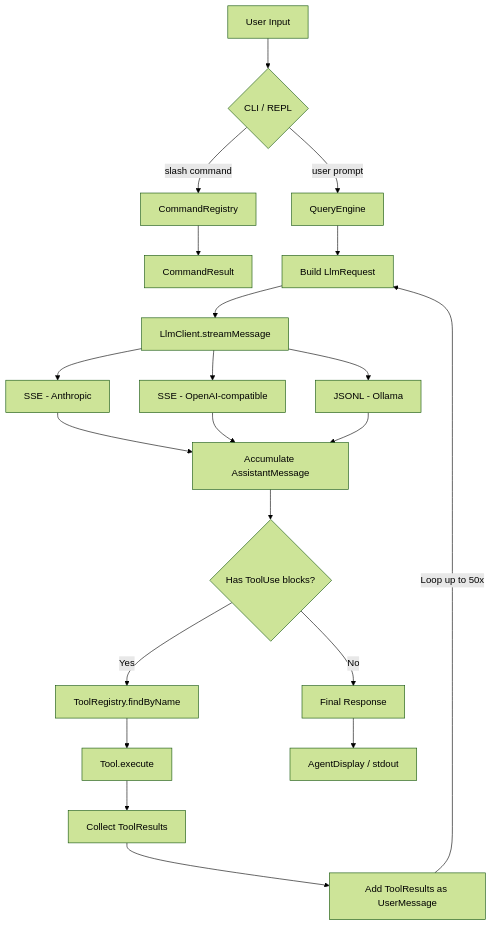
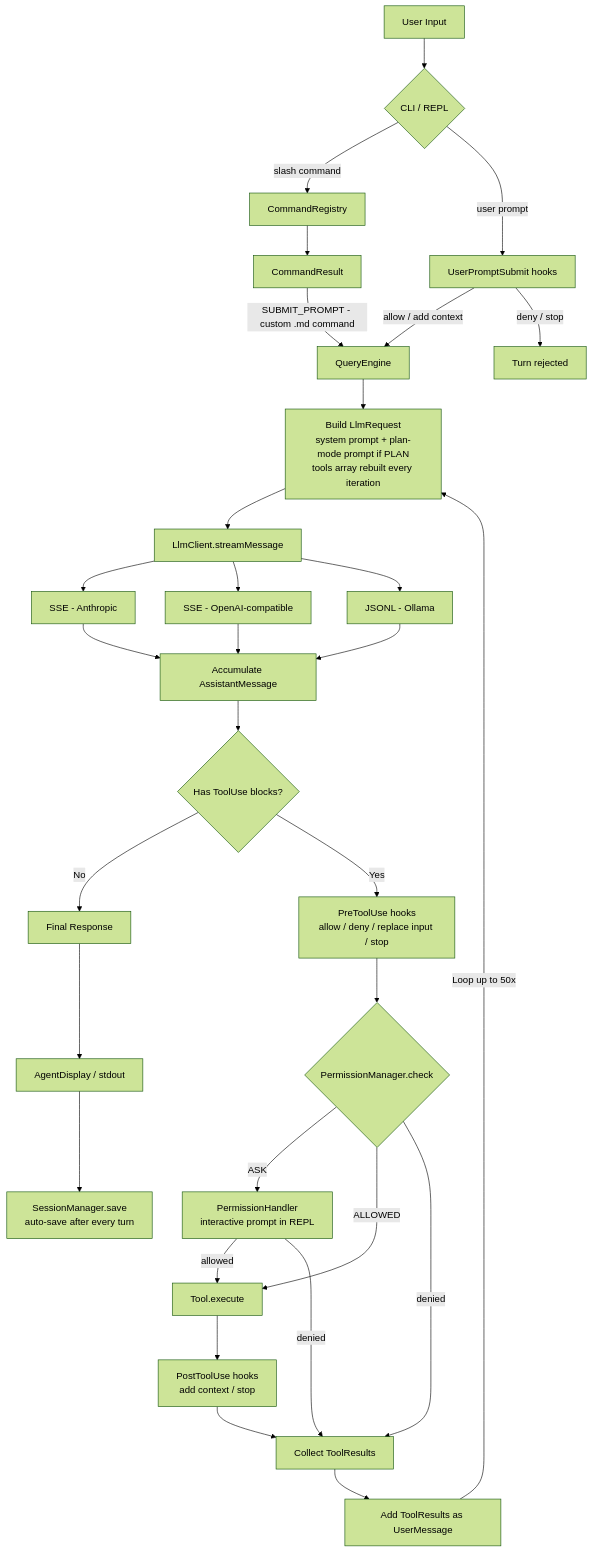
The second of 2 diagrams in docs/architecture.md (ThiagoRech1997/openclaude-java), drawn with Mermaid (forest theme) before and after one commit. The commit also changed other lines of this file and 12 other files, not shown here.

````diff
--- a/docs/architecture.md
+++ b/docs/architecture.md
@@ -29,26 +38,35 @@
 ```mermaid
 flowchart TD
     A[User Input] --> B{CLI / REPL}
     B -->|slash command| C[CommandRegistry]
     C --> D[CommandResult]
-    B -->|user prompt| E[QueryEngine]
+    D -->|SUBMIT_PROMPT - custom .md command| E
+    B -->|user prompt| UH[UserPromptSubmit hooks]
+    UH -->|allow / add context| E[QueryEngine]
+    UH -->|deny / stop| Z[Turn rejected]
 
-    E --> F[Build LlmRequest]
+    E --> F[Build LlmRequest<br/>system prompt + plan-mode prompt if PLAN<br/>tools array rebuilt every iteration]
     F --> G[LlmClient.streamMessage]
 
     G --> G1[SSE - Anthropic]
     G --> G2[SSE - OpenAI-compatible]
     G --> G3[JSONL - Ollama]
 
     G1 & G2 & G3 --> H[Accumulate AssistantMessage]
     H --> I{Has ToolUse blocks?}
 
     I -->|No| J[Final Response]
-    I -->|Yes| K[ToolRegistry.findByName]
-    K --> L[Tool.execute]
-    L --> M[Collect ToolResults]
+    I -->|Yes| K[PreToolUse hooks<br/>allow / deny / replace input / stop]
+    K --> P{PermissionManager.check}
+    P -->|ASK| Q[PermissionHandler<br/>interactive prompt in REPL]
+    P -->|ALLOWED| L[Tool.execute]
+    Q -->|allowed| L
+    P & Q -->|denied| M
+    L --> PH[PostToolUse hooks<br/>add context / stop]
+    PH --> M[Collect ToolResults]
     M --> N[Add ToolResults as UserMessage]
     N -->|Loop up to 50x| F
 
     J --> O[AgentDisplay / stdout]
+    O --> S[SessionManager.save<br/>auto-save after every turn]
 ```
````
